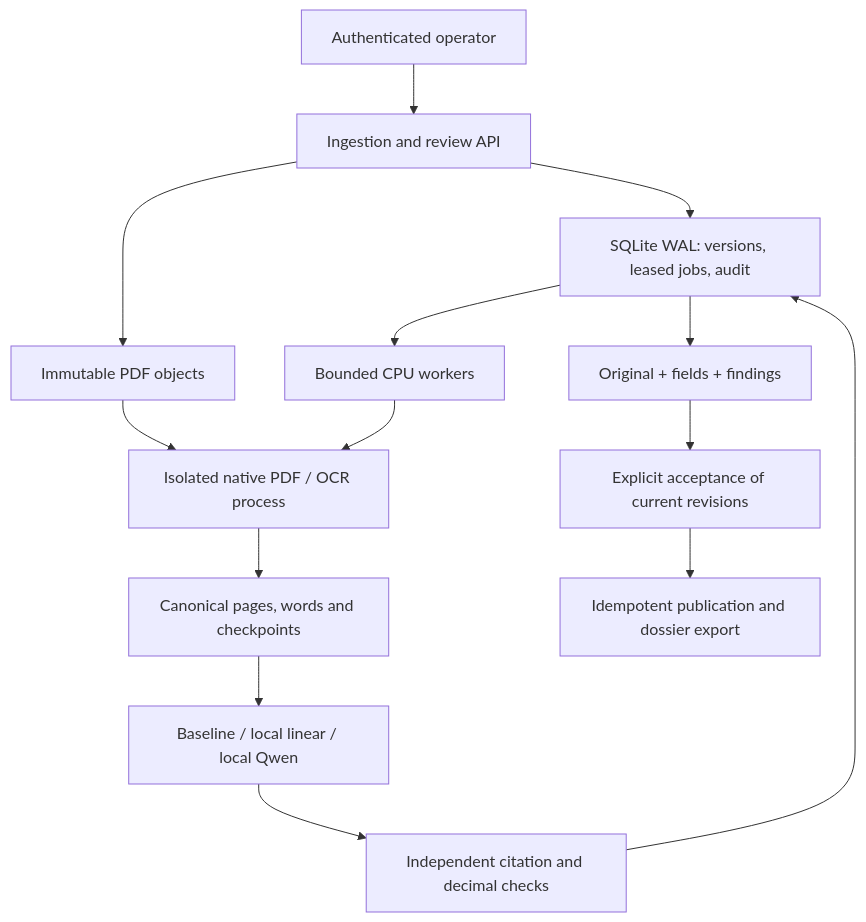
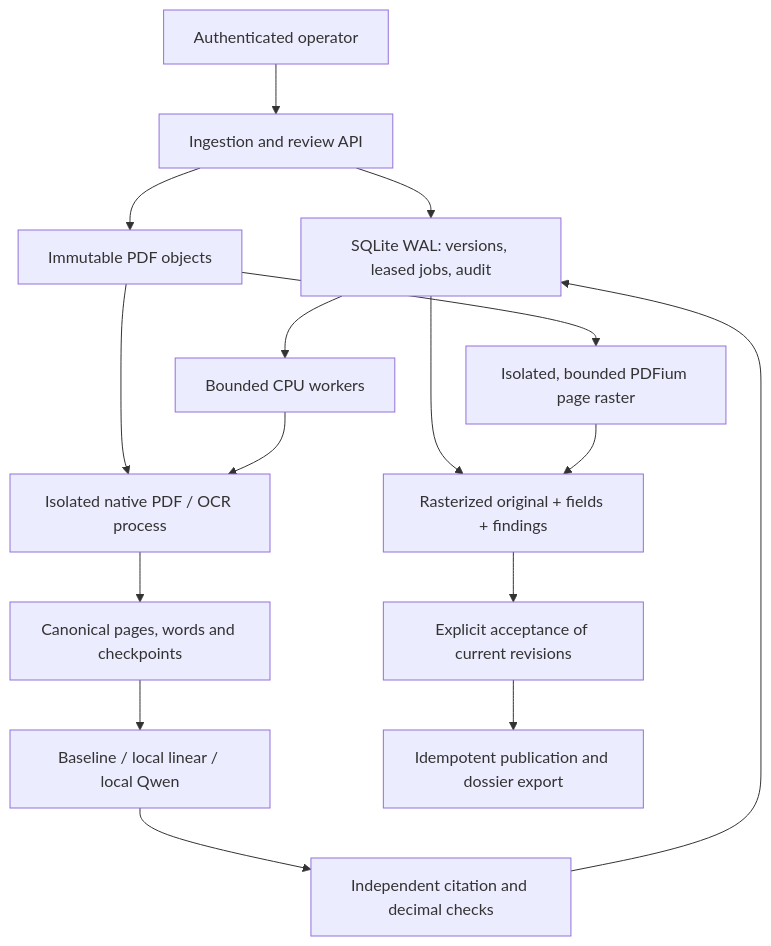
The diagram in docs/ARCHITECTURE.md (mehdisafer/document-control-intelligence), drawn with Mermaid before and after one commit. The commit also changed other lines of this file, not shown here.

Commit message:
docs: describe bounded authenticated PDF raster preview and visual proof

````diff
--- a/docs/ARCHITECTURE.md
+++ b/docs/ARCHITECTURE.md
@@ -11,16 +11,18 @@
 ```mermaid
 flowchart TD
   Operator["Authenticated operator"] --> API["Ingestion and review API"]
   API --> DB["SQLite WAL: versions, leased jobs, audit"]
   API --> CAS["Immutable PDF objects"]
   DB --> Worker["Bounded CPU workers"]
   CAS --> Parser["Isolated native PDF / OCR process"]
   Worker --> Parser
   Parser --> Pages["Canonical pages, words and checkpoints"]
   Pages --> Extract["Baseline / local linear / local Qwen"]
   Extract --> Verify["Independent citation and decimal checks"]
   Verify --> DB
-  DB --> Review["Original + fields + findings"]
+  DB --> Review["Rasterized original + fields + findings"]
+  CAS --> Preview["Isolated, bounded PDFium page raster"]
+  Preview --> Review
   Review --> Approval["Explicit acceptance of current revisions"]
   Approval --> Publish["Idempotent publication and dossier export"]
 ```
````
